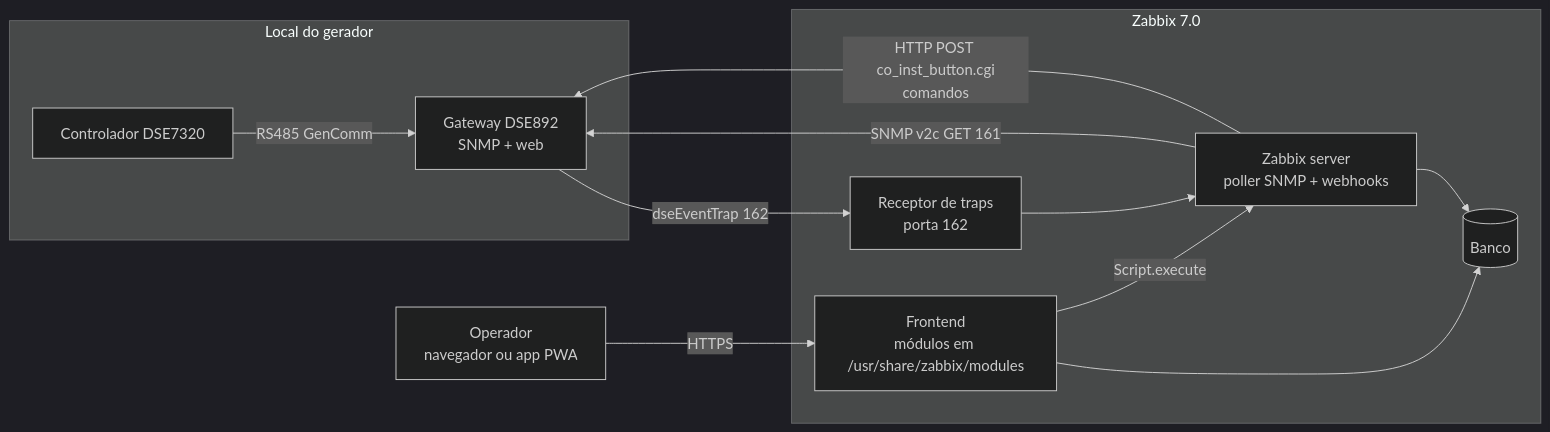
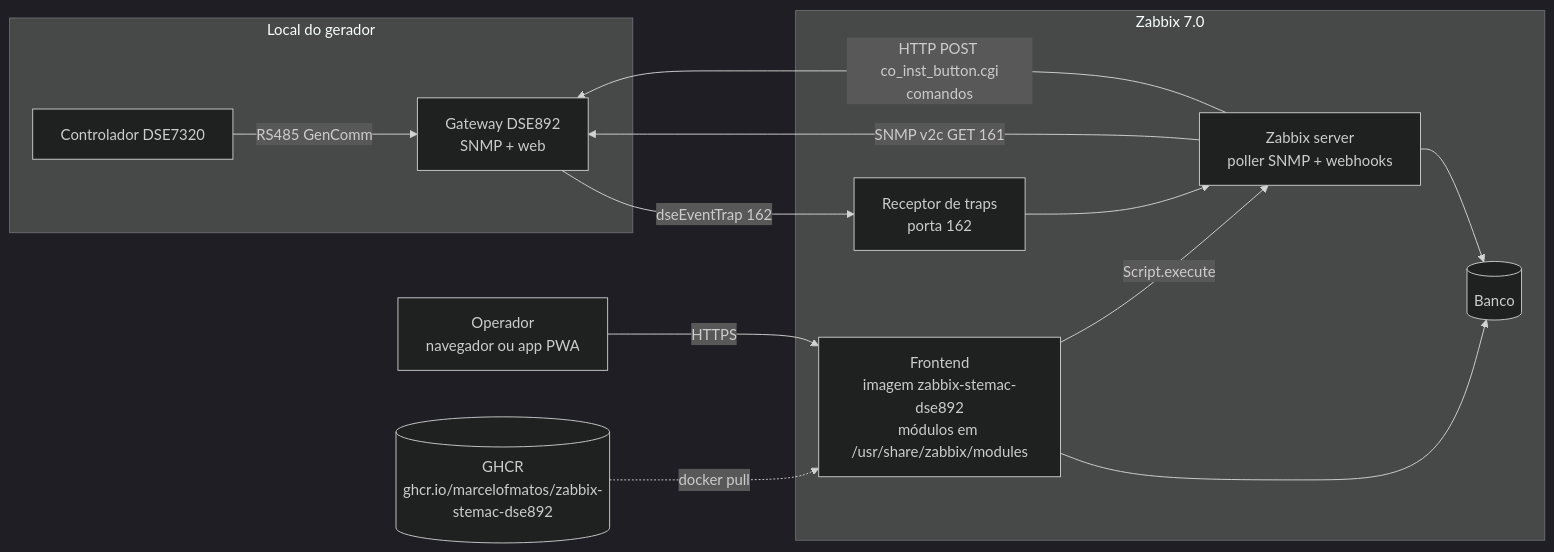
The first of 5 diagrams in docs/ARQUITETURA.md (marcelofmatos/zabbix-stemac-dse892), drawn with Mermaid (dark theme) before and after one commit. The commit also changed other lines of this file and 5 other files, not shown here.

Commit message:
Imagem Docker do frontend com os módulos e CI/CD de release e build no GHCR

````diff
--- a/docs/ARQUITETURA.md
+++ b/docs/ARQUITETURA.md
@@ -5,23 +5,25 @@
 ```mermaid
 flowchart LR
     subgraph Site["Local do gerador"]
         CTRL["Controlador DSE7320"]
         GW["Gateway DSE892<br/>SNMP + web"]
         CTRL -- "RS485 GenComm" --> GW
     end
     subgraph Zabbix["Zabbix 7.0"]
         SRV["Zabbix server<br/>poller SNMP + webhooks"]
         TRAP["Receptor de traps<br/>porta 162"]
-        WEB["Frontend<br/>módulos em /usr/share/zabbix/modules"]
+        WEB["Frontend<br/>imagem zabbix-stemac-dse892<br/>módulos em /usr/share/zabbix/modules"]
         DB[("Banco")]
         TRAP --> SRV
         SRV --> DB
         WEB --> DB
     end
     USER["Operador<br/>navegador ou app PWA"]
     SRV -- "SNMP v2c GET 161" --> GW
     GW -- "dseEventTrap 162" --> TRAP
     SRV -- "HTTP POST co_inst_button.cgi<br/>comandos" --> GW
     USER -- "HTTPS" --> WEB
     WEB -- "Script.execute" --> SRV
+    GHCR[("GHCR<br/>ghcr.io/marcelofmatos/zabbix-stemac-dse892")]
+    GHCR -. "docker pull" .-> WEB
 ```
````
